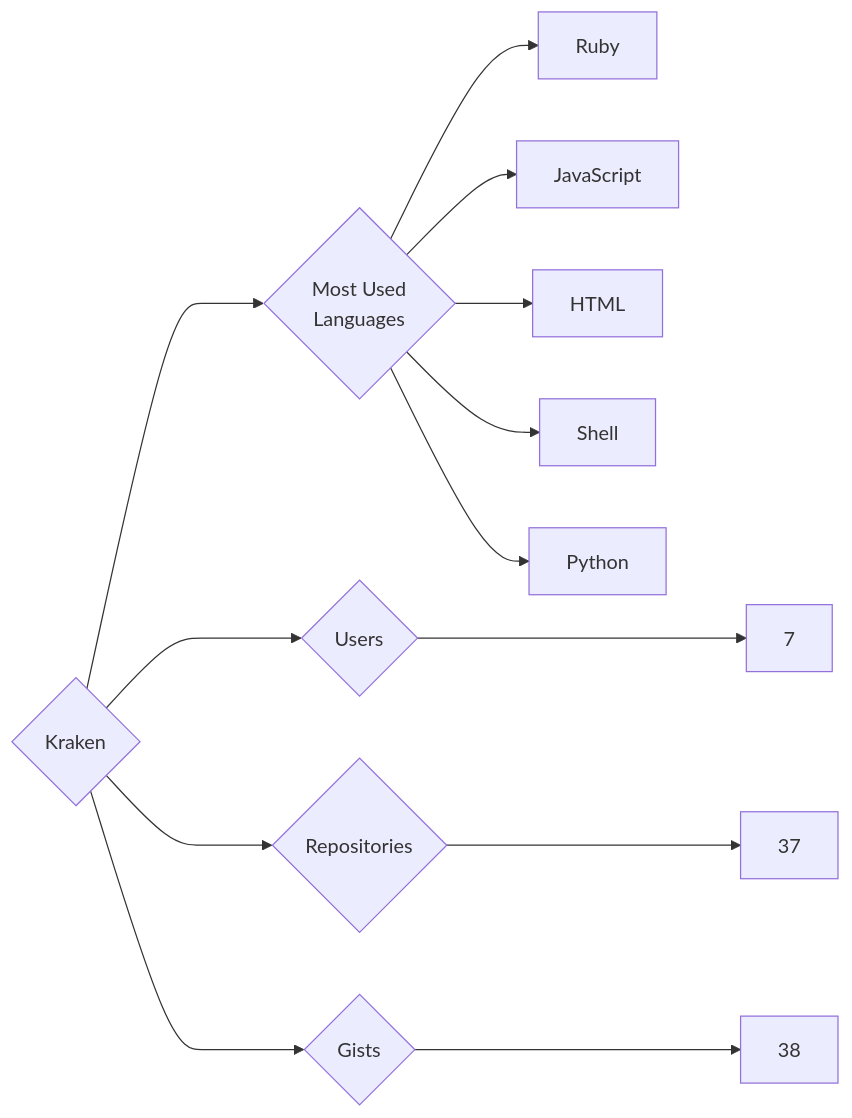
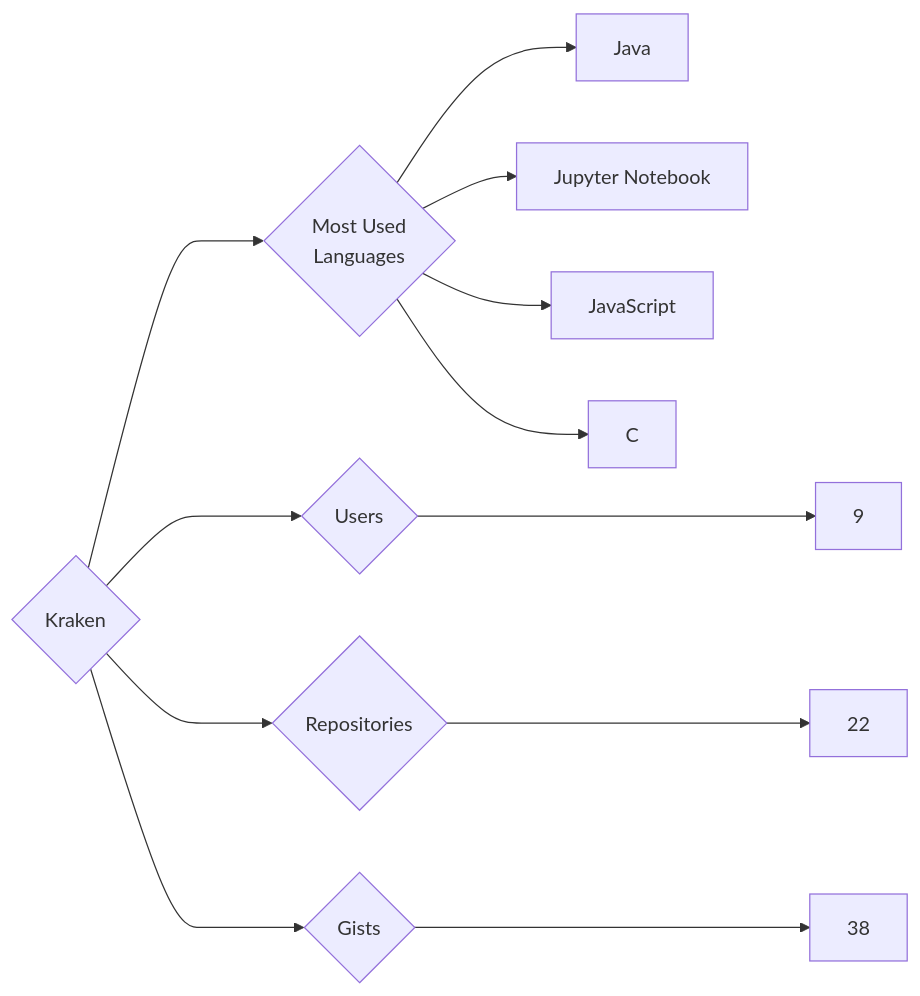
Before and after one commit to trickest/insiders: the diagram in targets/Kraken/README.md, drawn with Mermaid. The commit also changed 1195 other files, not shown here.

````diff
--- a/targets/Kraken/README.md
+++ b/targets/Kraken/README.md
@@ -3,13 +3,12 @@
 ```mermaid
 graph LR
 COMPANY_NAME{Kraken}
-COMPANY_NAME ---> U{Users} ---> UN[7]
-COMPANY_NAME ---> R{Repositories} ---> RN[37]
+COMPANY_NAME ---> U{Users} ---> UN[9]
+COMPANY_NAME ---> R{Repositories} ---> RN[22]
 COMPANY_NAME ---> G{Gists} ---> GN[38]
 COMPANY_NAME ---> ML{Most Used<br>Languages}
-ML --> Ruby[Ruby]
+ML --> Java[Java]
+ML --> Jupyter_Notebook[Jupyter Notebook]
 ML --> JavaScript[JavaScript]
-ML --> HTML[HTML]
-ML --> Shell[Shell]
-ML --> Python[Python]
+ML --> C[C]
 ```
````
